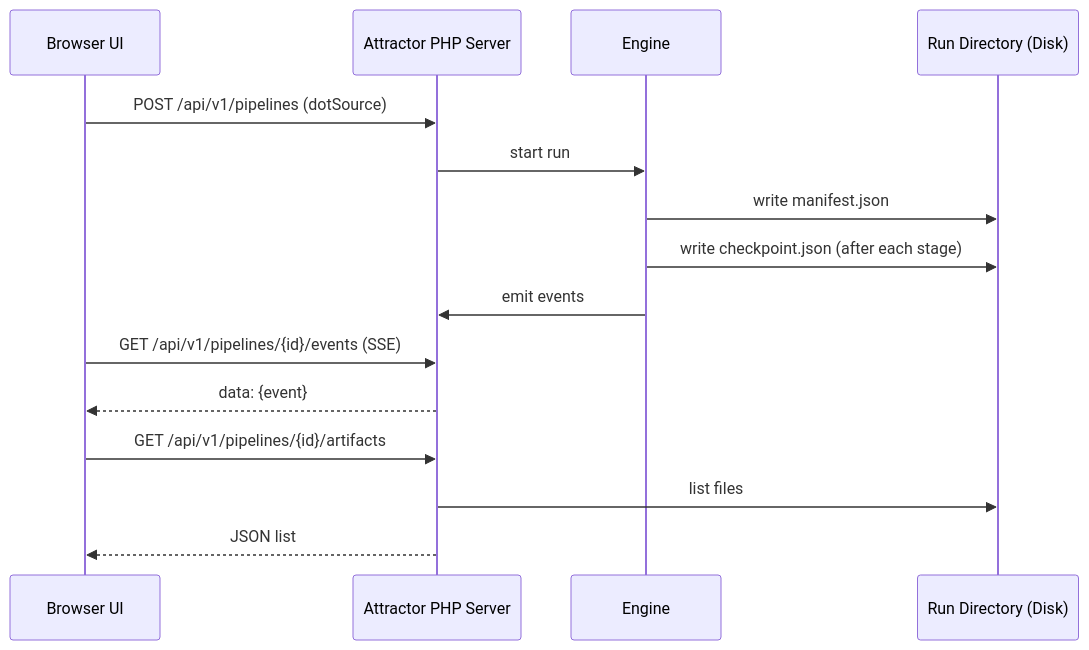
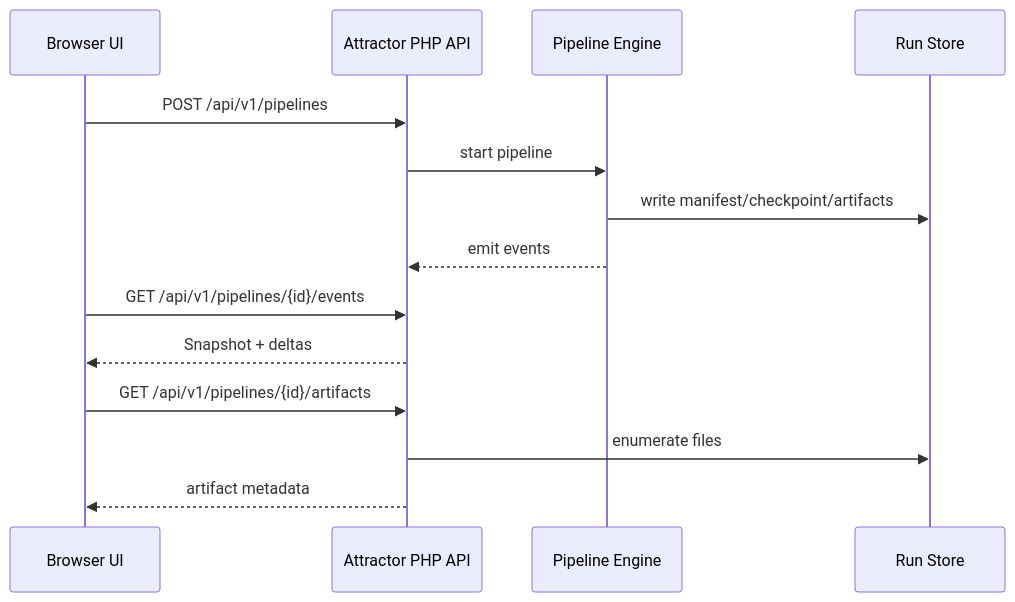
The fourth of 6 diagrams in docs/sprints/SPRINT-002-attractor-php-web-dashboard.md (jaytaylor/attractor-php), drawn with Mermaid before and after one commit. The commit also changed other lines of this file, not shown here.

````diff
--- a/docs/sprints/SPRINT-002-attractor-php-web-dashboard.md
+++ b/docs/sprints/SPRINT-002-attractor-php-web-dashboard.md
@@ -2076,19 +1426,18 @@
 ```mermaid
 %% Source: .scratch/mermaid/SPRINT-002/dataflow.mmd
 sequenceDiagram
-  participant U as Browser UI
-  participant S as Attractor PHP Server
-  participant E as Engine
-  participant FS as Run Directory (Disk)
+  participant UI as Browser UI
+  participant API as Attractor PHP API
+  participant ENG as Pipeline Engine
+  participant FS as Run Store
 
-  U->>S: POST /api/v1/pipelines (dotSource)
-  S->>E: start run
-  E->>FS: write manifest.json
-  E->>FS: write checkpoint.json (after each stage)
-  E->>S: emit events
-  U->>S: GET /api/v1/pipelines/{id}/events (SSE)
-  S-->>U: data: {event}
-  U->>S: GET /api/v1/pipelines/{id}/artifacts
-  S->>FS: list files
-  S-->>U: JSON list
+  UI->>API: POST /api/v1/pipelines
+  API->>ENG: start pipeline
+  ENG->>FS: write manifest/checkpoint/artifacts
+  ENG-->>API: emit events
+  UI->>API: GET /api/v1/pipelines/{id}/events
+  API-->>UI: Snapshot + deltas
+  UI->>API: GET /api/v1/pipelines/{id}/artifacts
+  API->>FS: enumerate files
+  API-->>UI: artifact metadata
 ```
````
